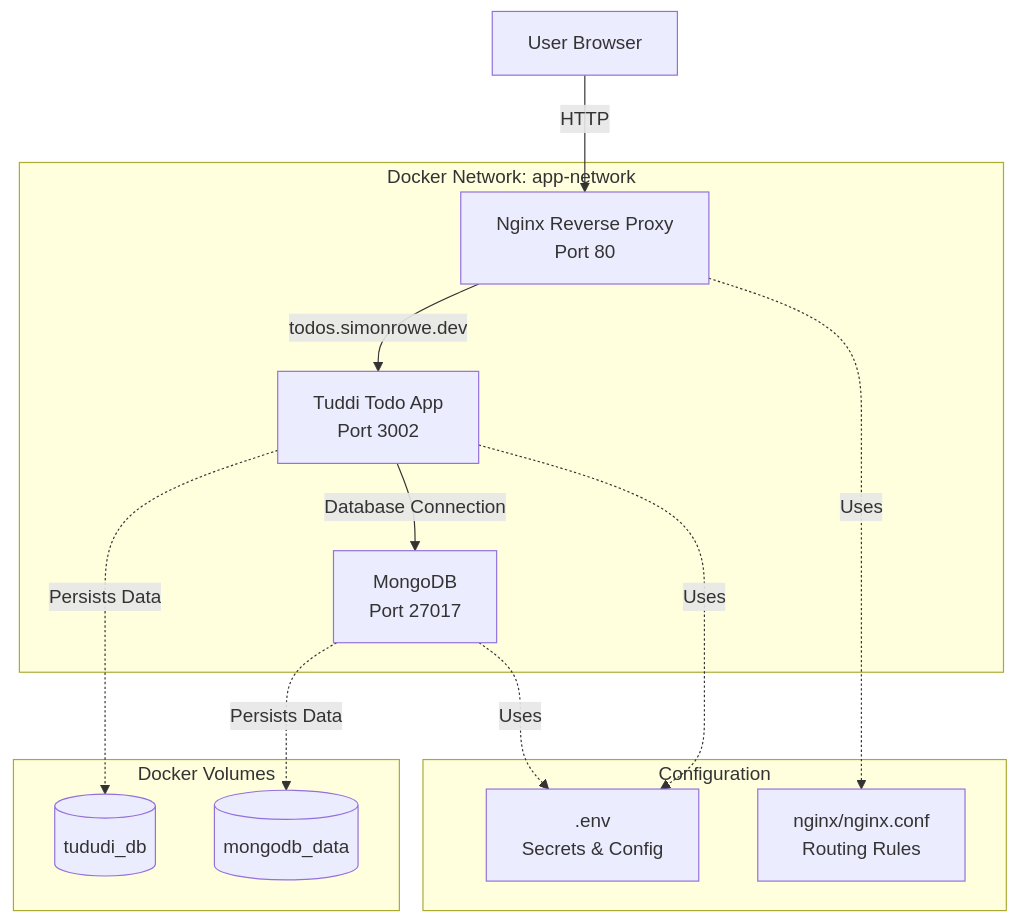
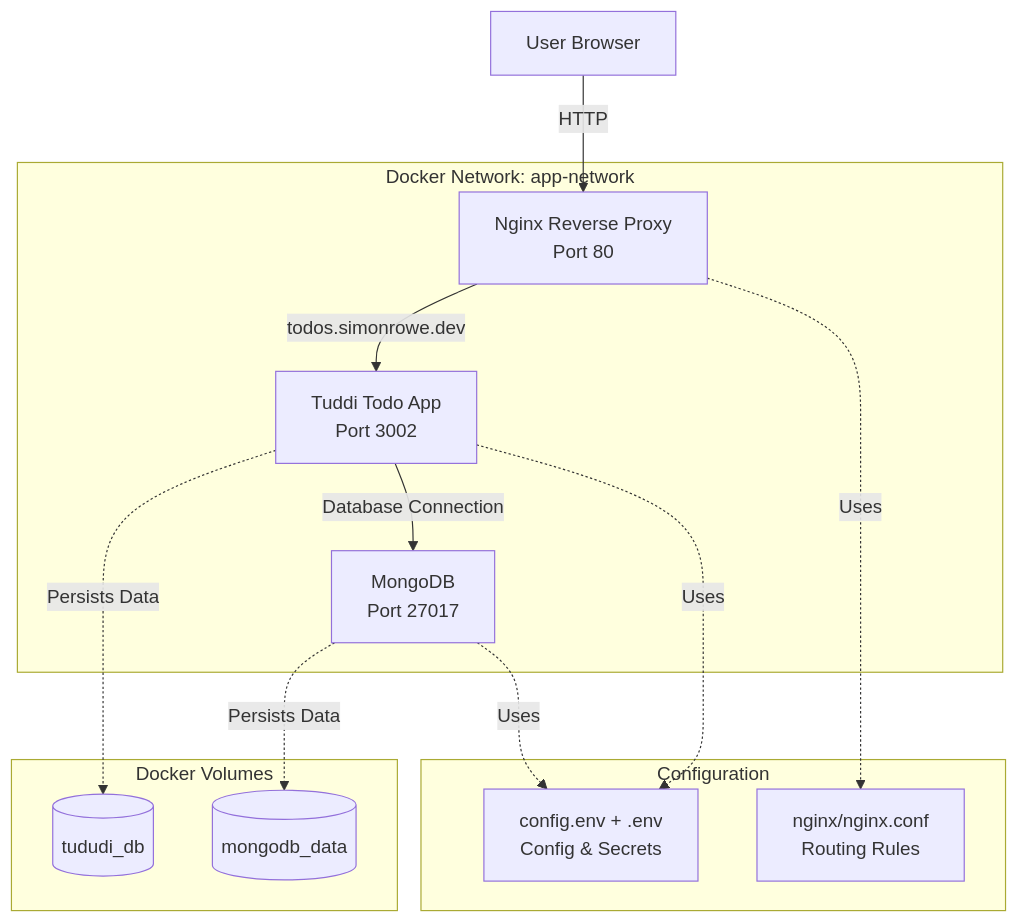
Before and after one commit to simonjamesrowe/docker-compose-env: the diagram in README.md, drawn with Mermaid. The commit also changed other lines of this file and 14 other files, not shown here.

Commit message:
[CHORE] Split env config from secrets

````diff
--- a/README.md
+++ b/README.md
@@ -7,29 +7,29 @@
 ```mermaid
 graph TB
     User[User Browser] -->|HTTP| Nginx[Nginx Reverse Proxy<br/>Port 80]
     Nginx -->|todos.simonrowe.dev| Tuddi[Tuddi Todo App<br/>Port 3002]
     Tuddi -->|Database Connection| MongoDB[MongoDB<br/>Port 27017]
     
     subgraph "Docker Network: app-network"
         Nginx
         Tuddi
         MongoDB
     end
     
     subgraph "Docker Volumes"
         TuddiDB[(tududi_db)]
         MongoDB_Data[(mongodb_data)]
     end
     
     Tuddi -.->|Persists Data| TuddiDB
     MongoDB -.->|Persists Data| MongoDB_Data
     
     subgraph "Configuration"
-        EnvFile[.env<br/>Secrets & Config]
+        EnvFile[config.env + .env<br/>Config & Secrets]
         NginxConf[nginx/nginx.conf<br/>Routing Rules]
     end
     
     Nginx -.->|Uses| NginxConf
     Tuddi -.->|Uses| EnvFile
     MongoDB -.->|Uses| EnvFile
 ```
````
